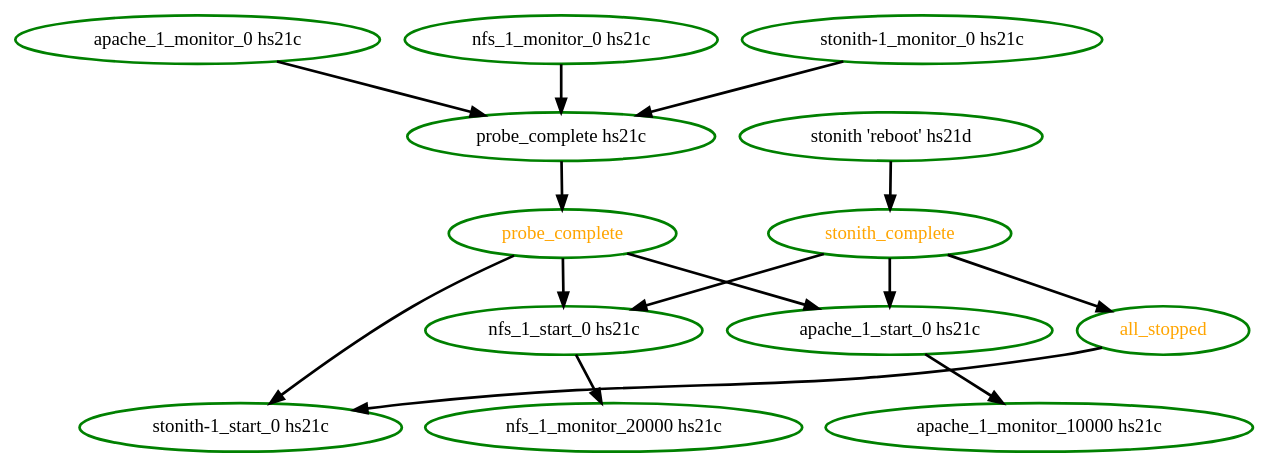
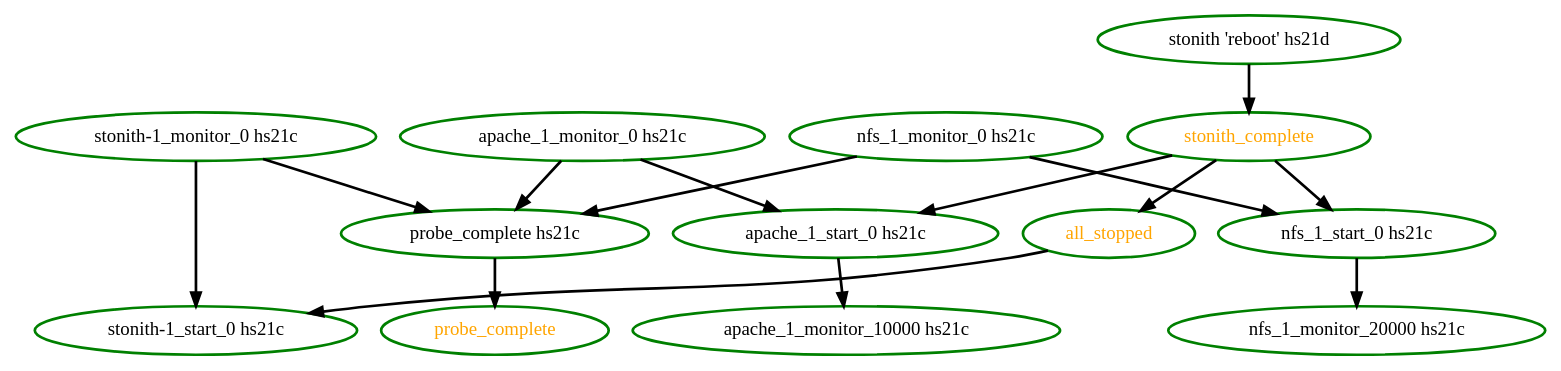
One commit to ClusterLabs/pacemaker changed the diagram in pengine/test10/systemhealthn2.dot. Above: the diagram before and after it, drawn with Graphviz. The commit also changed 464 other files, not shown here.

```diff
--- a/pengine/test10/systemhealthn2.dot
+++ b/pengine/test10/systemhealthn2.dot
@@ -1,29 +1,29 @@
 digraph "g" {
 "all_stopped" -> "stonith-1_start_0 hs21c" [ style = bold]
 "all_stopped" [ style=bold color="green" fontcolor="orange" ]
+"apache_1_monitor_0 hs21c" -> "apache_1_start_0 hs21c" [ style = bold]
 "apache_1_monitor_0 hs21c" -> "probe_complete hs21c" [ style = bold]
 "apache_1_monitor_0 hs21c" [ style=bold color="green" fontcolor="black" ]
 "apache_1_monitor_10000 hs21c" [ style=bold color="green" fontcolor="black" ]
 "apache_1_start_0 hs21c" -> "apache_1_monitor_10000 hs21c" [ style = bold]
 "apache_1_start_0 hs21c" [ style=bold color="green" fontcolor="black" ]
+"nfs_1_monitor_0 hs21c" -> "nfs_1_start_0 hs21c" [ style = bold]
 "nfs_1_monitor_0 hs21c" -> "probe_complete hs21c" [ style = bold]
 "nfs_1_monitor_0 hs21c" [ style=bold color="green" fontcolor="black" ]
 "nfs_1_monitor_20000 hs21c" [ style=bold color="green" fontcolor="black" ]
 "nfs_1_start_0 hs21c" -> "nfs_1_monitor_20000 hs21c" [ style = bold]
 "nfs_1_start_0 hs21c" [ style=bold color="green" fontcolor="black" ]
 "probe_complete hs21c" -> "probe_complete" [ style = bold]
 "probe_complete hs21c" [ style=bold color="green" fontcolor="black" ]
-"probe_complete" -> "apache_1_start_0 hs21c" [ style = bold]
-"probe_complete" -> "nfs_1_start_0 hs21c" [ style = bold]
-"probe_complete" -> "stonith-1_start_0 hs21c" [ style = bold]
 "probe_complete" [ style=bold color="green" fontcolor="orange" ]
 "stonith 'reboot' hs21d" -> "stonith_complete" [ style = bold]
 "stonith 'reboot' hs21d" [ style=bold color="green" fontcolor="black"]
 "stonith-1_monitor_0 hs21c" -> "probe_complete hs21c" [ style = bold]
+"stonith-1_monitor_0 hs21c" -> "stonith-1_start_0 hs21c" [ style = bold]
 "stonith-1_monitor_0 hs21c" [ style=bold color="green" fontcolor="black" ]
 "stonith-1_start_0 hs21c" [ style=bold color="green" fontcolor="black" ]
 "stonith_complete" -> "all_stopped" [ style = bold]
 "stonith_complete" -> "apache_1_start_0 hs21c" [ style = bold]
 "stonith_complete" -> "nfs_1_start_0 hs21c" [ style = bold]
 "stonith_complete" [ style=bold color="green" fontcolor="orange" ]
 }
```
